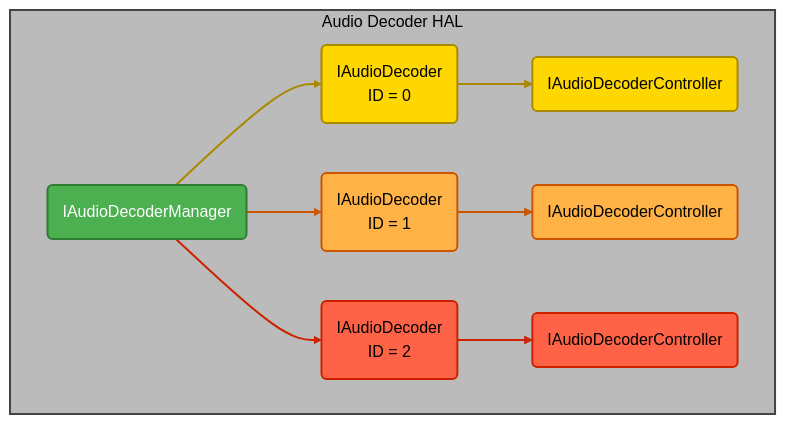
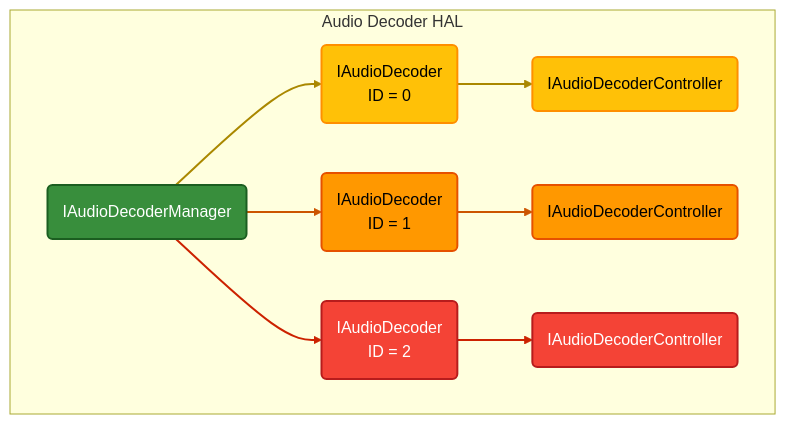
The second of 3 diagrams in docs/halif/audio_decoder/v0.5/audio_decoder.md (rdkcentral/rdk-halif-aidl), drawn with Mermaid before and after one commit. The commit also changed other lines of this file and 27 other files, not shown here.

````diff
--- a/docs/halif/audio_decoder/v0.5/audio_decoder.md
+++ b/docs/halif/audio_decoder/v0.5/audio_decoder.md
@@ -92,46 +138,46 @@
 ```mermaid
 graph LR
 
     %% --- Encapsulating Everything Inside "Audio Decoder HAL" ---
     subgraph ADHAL["Audio Decoder HAL"]
         direction LR
         ADMS("IAudioDecoderManager")
 
         %% --- Audio Decoder Manager Service Spawns Instances ---
         ADMS --> ADI1("IAudioDecoder <br> ID = 0")
         ADMS --> ADI2("IAudioDecoder <br> ID = 1")
         ADMS --> ADI3("IAudioDecoder <br> ID = 2")
 
         %% --- Each Instance Has a Controller ---
         ADI1 --> ADIC1("IAudioDecoderController")
         ADI2 --> ADIC2("IAudioDecoderController")
         ADI3 --> ADIC3("IAudioDecoderController")
     end
 
     %% --- High Contrast Styling (Rounded Box Simulation) ---
-    classDef hal fill:#BBBBBB,stroke:#444444,stroke-width:2px,color:#000000;
-    classDef manager fill:#4CAF50,stroke:#2E7D32,stroke-width:2px,color:#FFFFFF;
-    classDef instance1 fill:#FFD700,stroke:#AA8800,stroke-width:2px,color:#000000;
-    classDef instance2 fill:#FFB347,stroke:#CC5500,stroke-width:2px,color:#000000;
-    classDef instance3 fill:#FF6347,stroke:#CC2200,stroke-width:2px,color:#000000;
-    classDef controller fill:#00CED1,stroke:#008B8B,stroke-width:2px,color:#000000;
+    classDef background fill:#121212,stroke:none,color:#E0E0E0;
+    classDef manager fill:#388E3C,stroke:#1B5E20,stroke-width:2px,color:#FFFFFF;
+    classDef instance1 fill:#FFC107,stroke:#FF8F00,stroke-width:2px,color:#000000;
+    classDef instance2 fill:#FF9800,stroke:#E65100,stroke-width:2px,color:#000000;
+    classDef instance3 fill:#F44336,stroke:#B71C1C,stroke-width:2px,color:#FFFFFF;
+    classDef controller fill:#00ACC1,stroke:#006064,stroke-width:2px,color:#000000;
 
     %% --- Apply Colors ---
     class ADHAL hal;
     class ADMS manager;
     class ADI1 instance1;
     class ADI2 instance2;
     class ADI3 instance3;
     class ADIC1 instance1;
     class ADIC2 instance2;
     class ADIC3 instance3;
 
     %% --- Consistent Link Colors Per Instance ---
     %% Yellow for Instance 0
     linkStyle 0,3 stroke:#AA8800,stroke-width:2px;
     %% Orange for Instance 1
     linkStyle 1,4 stroke:#CC5500,stroke-width:2px;
     %% Red for Instance 2
     linkStyle 2,5 stroke:#CC2200,stroke-width:2px;
 
 ```
````
